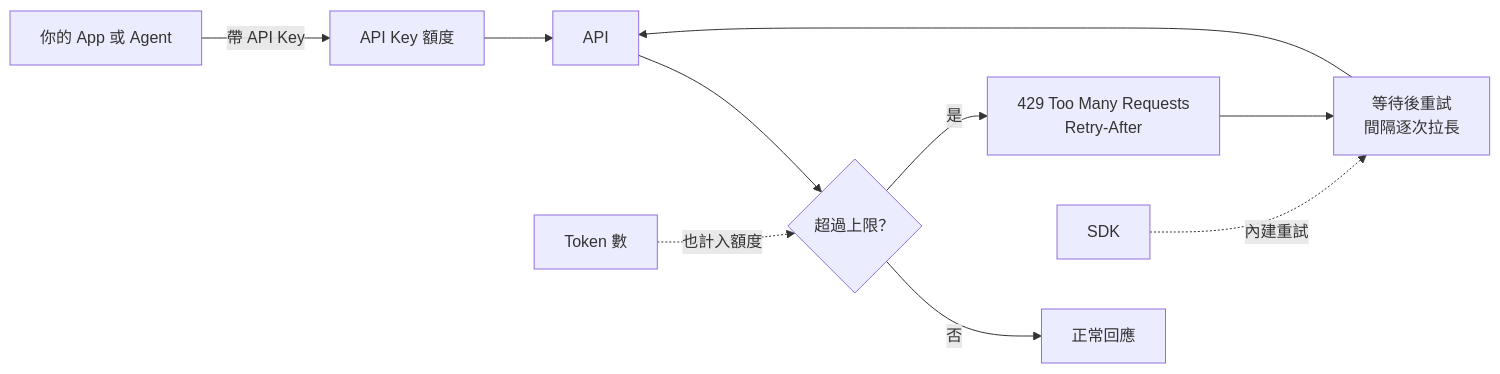
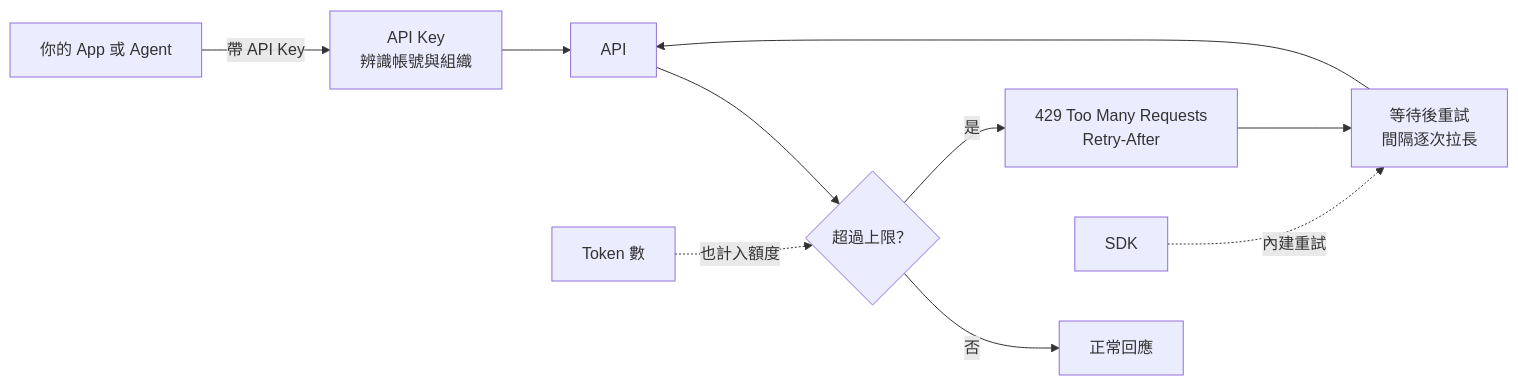
The diagram in diagrams/rate-limit.mmd (hsiehpinhwa/ai-glossary), drawn with Mermaid before and after one commit. The commit also changed 136 other files, not shown here.

```diff
--- a/diagrams/rate-limit.mmd
+++ b/diagrams/rate-limit.mmd
@@ -1,10 +1,10 @@
 flowchart LR
-  app[你的 App 或 Agent] -- 帶 API Key --> api-key[API Key 額度]
+  app[你的 App 或 Agent] -- 帶 API Key --> api-key[API Key<br/>辨識帳號與組織]
   api-key --> api[API]
   api --> check{超過上限？}
   check -- 否 --> ok[正常回應]
   check -- 是 --> err[429 Too Many Requests<br/>Retry-After]
   err --> wait[等待後重試<br/>間隔逐次拉長]
   wait --> api
   sdk[SDK] -. 內建重試 .-> wait
   token[Token 數] -. 也計入額度 .-> check
```
